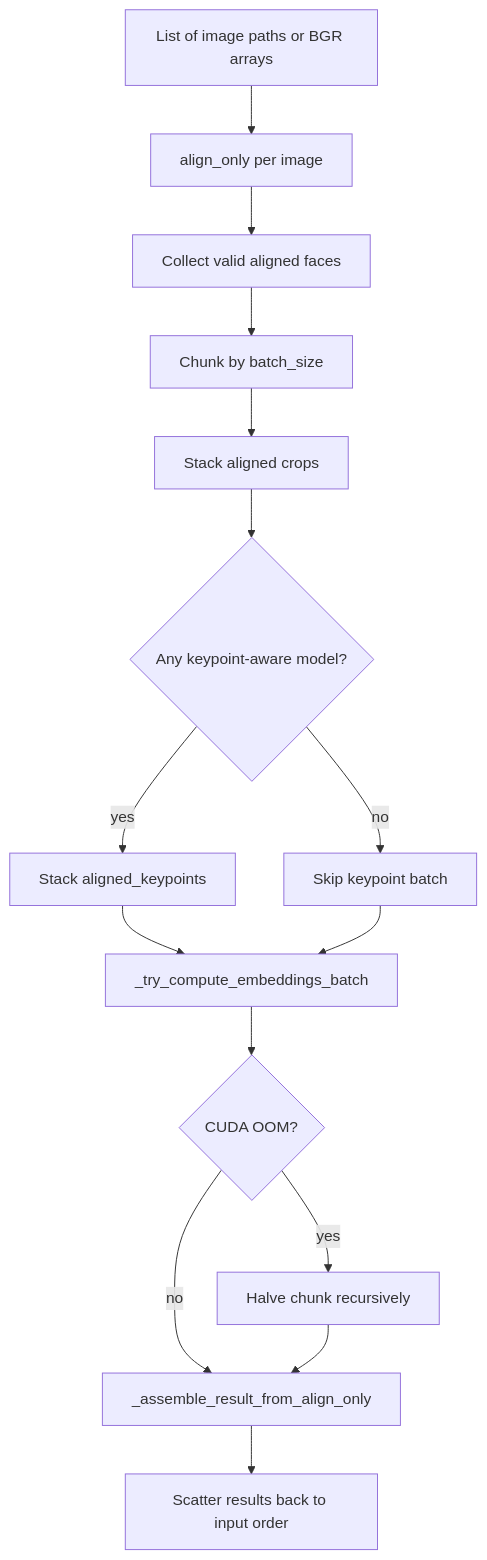
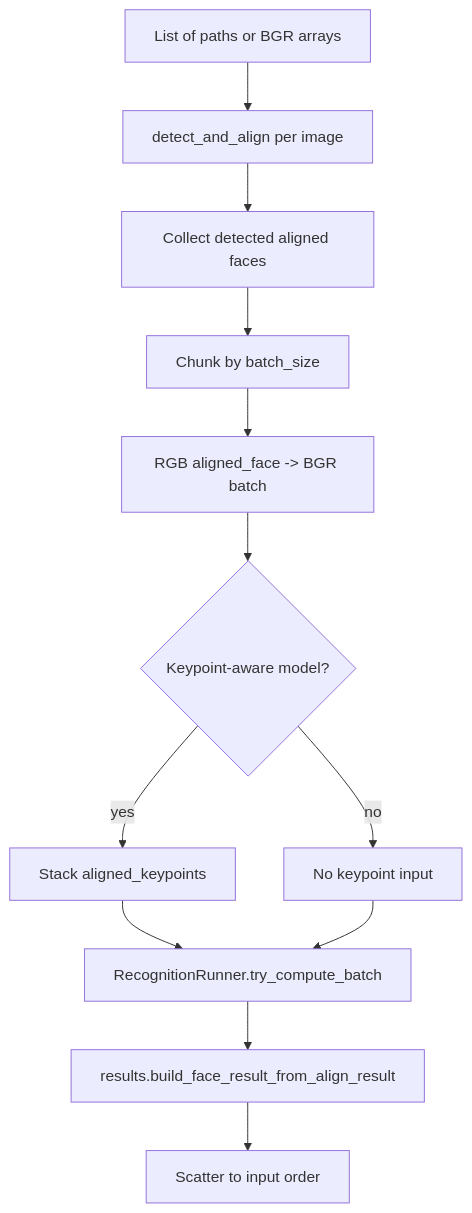
Before and after one commit to rafribeiro/forensicface: the third of 4 diagrams in docs/architecture.md, drawn with Mermaid. The commit also changed other lines of this file and 32 other files, not shown here.

````diff
--- a/docs/architecture.md
+++ b/docs/architecture.md
@@ -103,17 +108,14 @@
 ```mermaid
 flowchart TD
-    A[List of image paths or BGR arrays] --> B[align_only per image]
-    B --> C[Collect valid aligned faces]
+    A[List of paths or BGR arrays] --> B[detect_and_align per image]
+    B --> C[Collect detected aligned faces]
     C --> D[Chunk by batch_size]
-    D --> E[Stack aligned crops]
-    E --> F{Any keypoint-aware model?}
+    D --> E[RGB aligned_face -> BGR batch]
+    E --> F{Keypoint-aware model?}
     F -- yes --> G[Stack aligned_keypoints]
-    F -- no --> H[Skip keypoint batch]
-    G --> I[_try_compute_embeddings_batch]
+    F -- no --> H[No keypoint input]
+    G --> I[RecognitionRunner.try_compute_batch]
     H --> I
-    I --> J{CUDA OOM?}
-    J -- yes --> K[Halve chunk recursively]
-    J -- no --> L[_assemble_result_from_align_only]
-    K --> L
-    L --> M[Scatter results back to input order]
+    I --> J[results.build_face_result_from_align_result]
+    J --> K[Scatter to input order]
 ```
````
